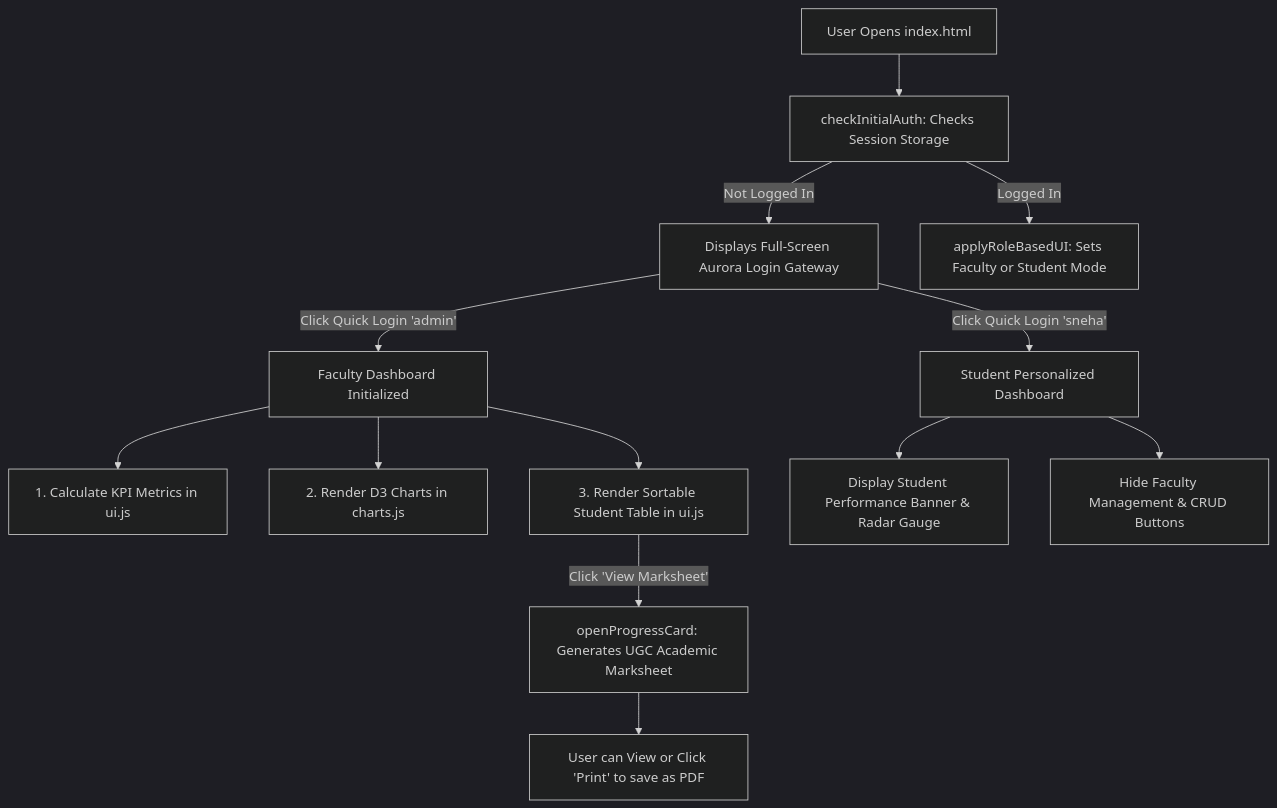
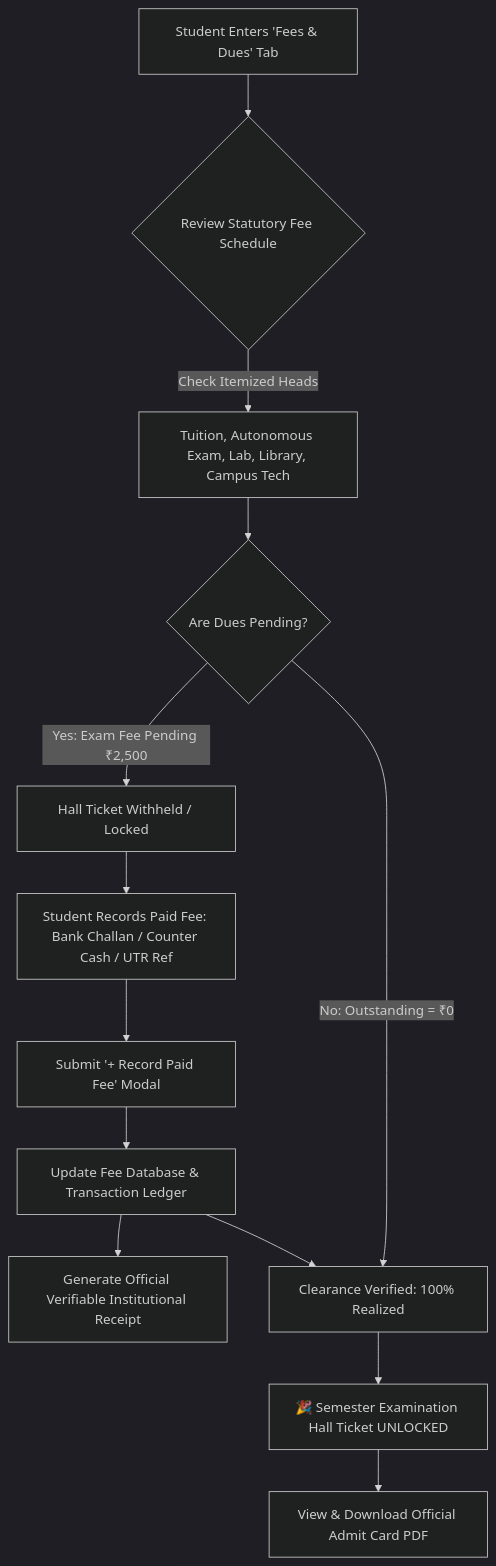
Before and after one commit to udaykumarreddy07/D3project: the third of 5 diagrams in README.md, drawn with Mermaid (dark theme). The commit also changed other lines of this file and 16 other files, not shown here.

Commit message:
feat: Add Assignment Hub, AI Explainer Copilot, Fee Tracking & comprehensive architecture workflow documentation

````diff
--- a/README.md
+++ b/README.md
@@ -107,19 +127,17 @@
 ```mermaid
 flowchart TD
-    A[User Opens index.html] --> B[checkInitialAuth: Checks Session Storage]
-    B -->|Not Logged In| C[Displays Full-Screen Aurora Login Gateway]
-    B -->|Logged In| D[applyRoleBasedUI: Sets Faculty or Student Mode]
+    A[Student Enters 'Fees & Dues' Tab] --> B{Review Statutory Fee Schedule}
+    B -->|Check Itemized Heads| C[Tuition, Autonomous Exam, Lab, Library, Campus Tech]
+    C --> D{Are Dues Pending?}
     
-    C -->|Click Quick Login 'admin'| E[Faculty Dashboard Initialized]
-    C -->|Click Quick Login 'sneha'| F[Student Personalized Dashboard]
+    D -->|Yes: Exam Fee Pending ₹2,500| E[Hall Ticket Withheld / Locked]
+    E --> F[Student Records Paid Fee: Bank Challan / Counter Cash / UTR Ref]
+    F --> G[Submit '+ Record Paid Fee' Modal]
+    G --> H[Update Fee Database & Transaction Ledger]
+    H --> I[Generate Official Verifiable Institutional Receipt]
     
-    E --> G[1. Calculate KPI Metrics in ui.js]
-    E --> H[2. Render D3 Charts in charts.js]
-    E --> I[3. Render Sortable Student Table in ui.js]
-    
-    F --> J[Display Student Performance Banner & Radar Gauge]
-    F --> K[Hide Faculty Management & CRUD Buttons]
-    
-    I -->|Click 'View Marksheet'| L[openProgressCard: Generates UGC Academic Marksheet]
-    L --> M[User can View or Click 'Print' to save as PDF]
+    D -->|No: Outstanding = ₹0| J[Clearance Verified: 100% Realized]
+    H --> J
+    J --> K[🎉 Semester Examination Hall Ticket UNLOCKED]
+    K --> L[View & Download Official Admit Card PDF]
 ```
````
